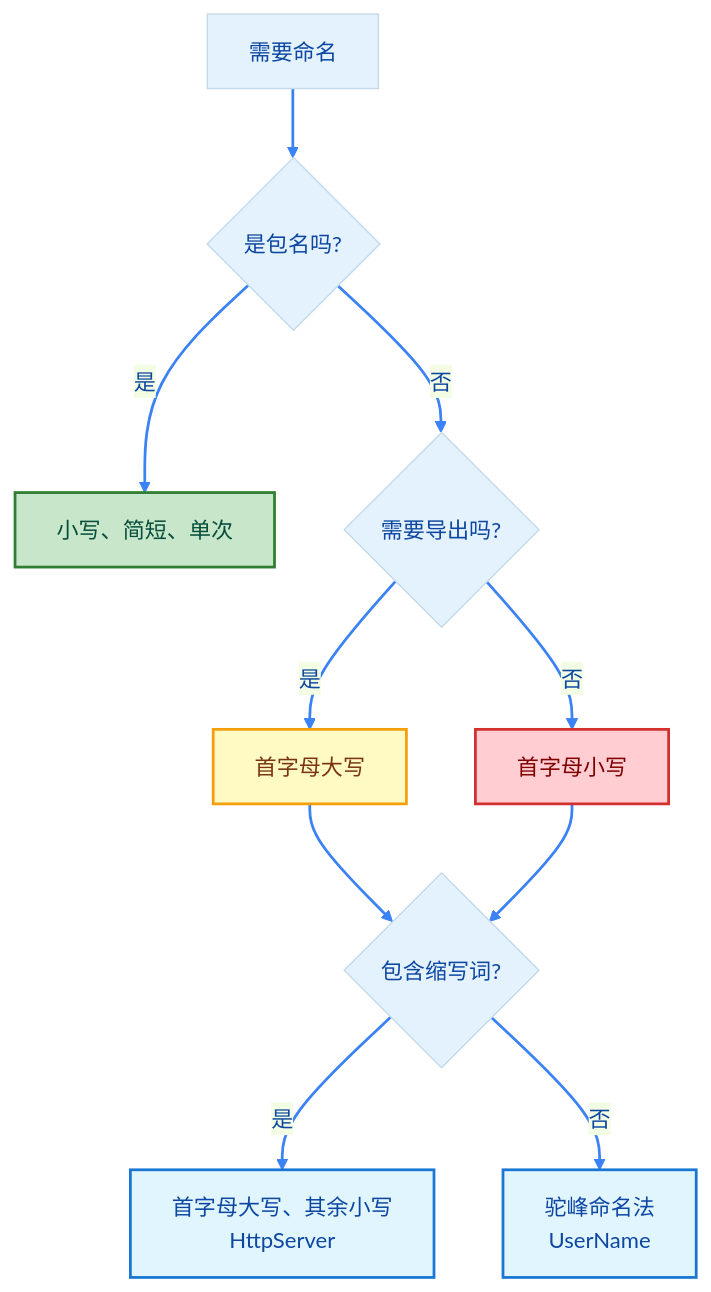
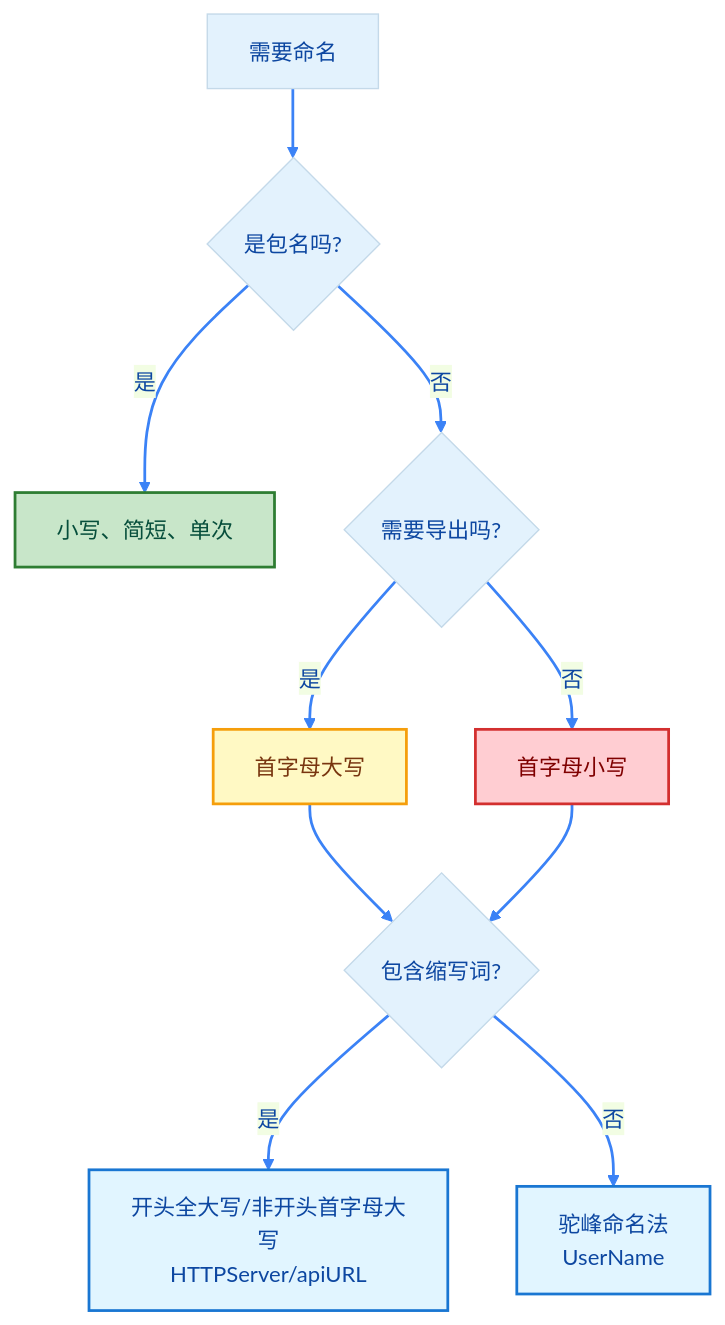
The second of 2 diagrams in docs/zh/golang/fundamentals/naming-conventions.mdx (lazygophers/knowledge), drawn with Mermaid before and after one commit. The commit also changed other lines of this file and 1 other file, not shown here.

````diff
--- a/docs/zh/golang/fundamentals/naming-conventions.mdx
+++ b/docs/zh/golang/fundamentals/naming-conventions.mdx
@@ -378,29 +375,29 @@
 ```mermaid
 %%{init: {'theme':'base', 'themeVariables': { 'lineColor':'#3b82f6', 'primaryColor':'#e3f2fd', 'primaryTextColor':'#0d47a1'}}}%%
 flowchart TD
     A[需要命名] --> B{是包名吗?}
     B -->|是| C[小写、简短、单次]
     B -->|否| D{需要导出吗?}
 
     D -->|是| E[首字母大写]
     D -->|否| F[首字母小写]
 
     E --> G{包含缩写词?}
     F --> G
 
-    G -->|是| H[首字母大写、其余小写<br/>HttpServer]
+    G -->|是| H[开头全大写/非开头首字母大写<br/>HTTPServer/apiURL]
     G -->|否| I[驼峰命名法<br/>UserName]
 
     linkStyle default stroke:#3b82f6,stroke-width:2px
     classDef pkgName fill:#c8e6c9,stroke:#2e7d32,stroke-width:2px,color:#064e3b
     classDef exported fill:#fff9c4,stroke:#f59e0b,stroke-width:2px,color:#78350f
     classDef private fill:#ffcdd2,stroke:#d32f2f,stroke-width:2px,color:#7f0000
     classDef abbrev fill:#e1f5ff,stroke:#1976d2,stroke-width:2px,color:#0d47a1
     classDef camel fill:#e1f5ff,stroke:#1976d2,stroke-width:2px,color:#0d47a1
 
     class C pkgName
     class E exported
     class F private
     class H abbrev
     class I camel
 ```
````
